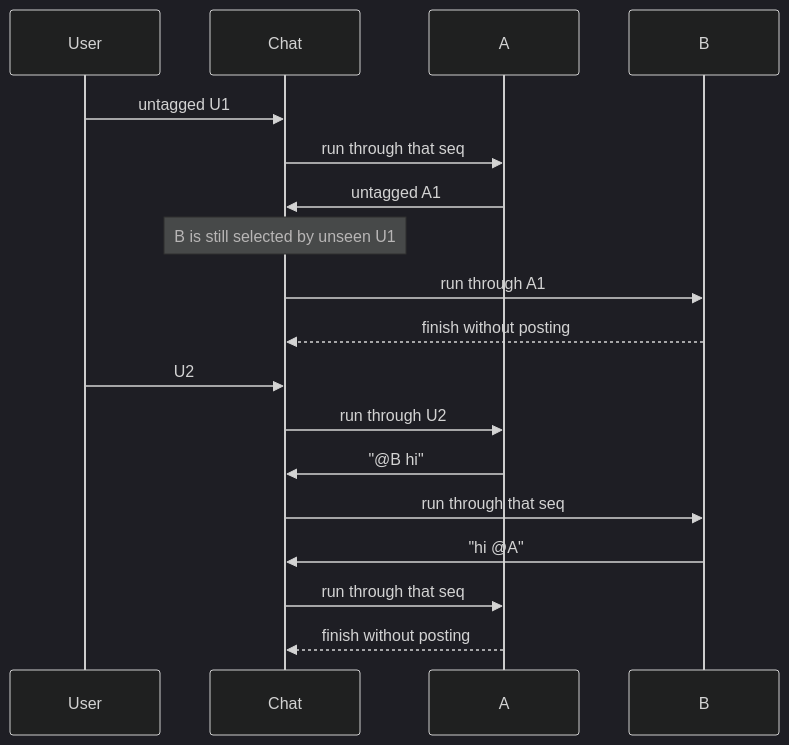
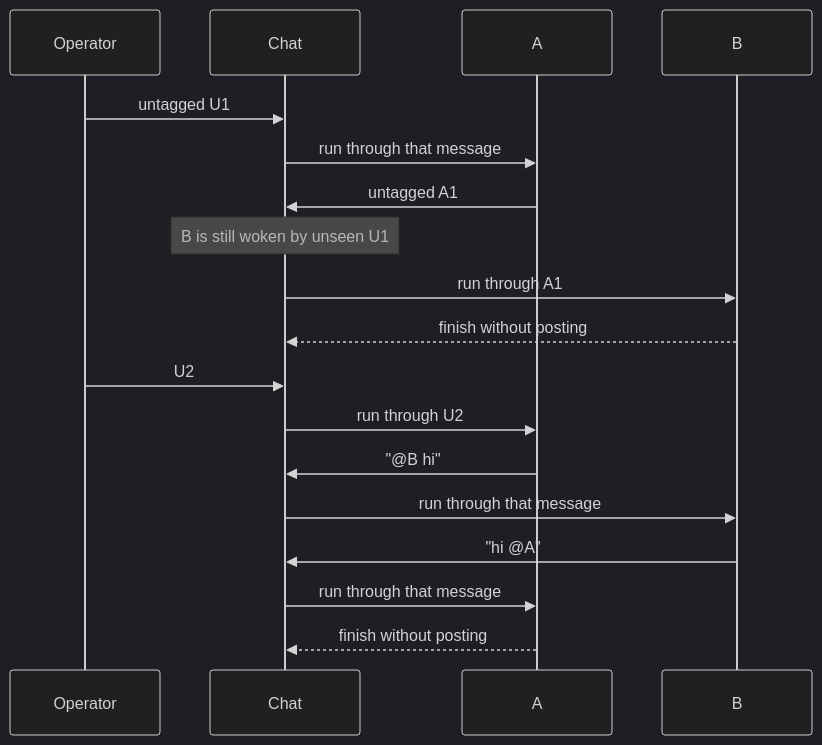
One commit to CigaleAI/guilds changed the diagram in docs/concepts/group-chat.md. Above: the diagram before and after it, drawn with Mermaid (dark theme). The commit also changed other lines of this file and 63 other files, not shown here.

````diff
--- a/docs/concepts/group-chat.md
+++ b/docs/concepts/group-chat.md
@@ -309,21 +80,21 @@
 ```mermaid
 sequenceDiagram
-    participant User
+    participant Operator
     participant Chat
     participant A
     participant B
 
-    User->>Chat: untagged U1
-    Chat->>A: run through that seq
+    Operator->>Chat: untagged U1
+    Chat->>A: run through that message
     A->>Chat: untagged A1
-    Note over Chat: B is still selected by unseen U1
+    Note over Chat: B is still woken by unseen U1
     Chat->>B: run through A1
     B-->>Chat: finish without posting
-    User->>Chat: U2
+    Operator->>Chat: U2
     Chat->>A: run through U2
     A->>Chat: "@B hi"
-    Chat->>B: run through that seq
+    Chat->>B: run through that message
     B->>Chat: "hi @A"
-    Chat->>A: run through that seq
+    Chat->>A: run through that message
     A-->>Chat: finish without posting
 ```
````
